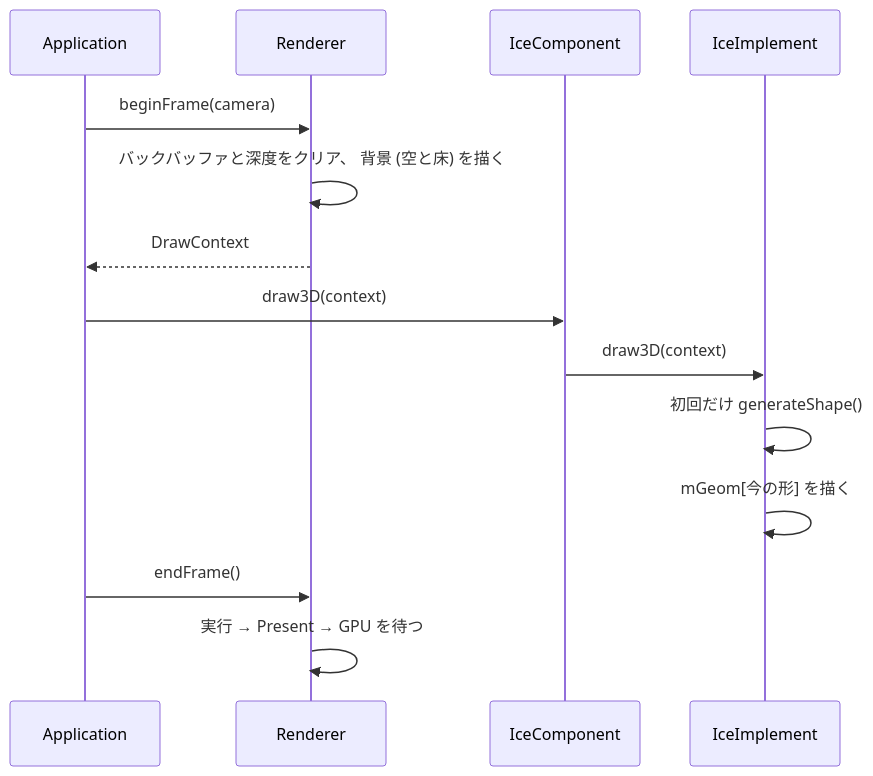
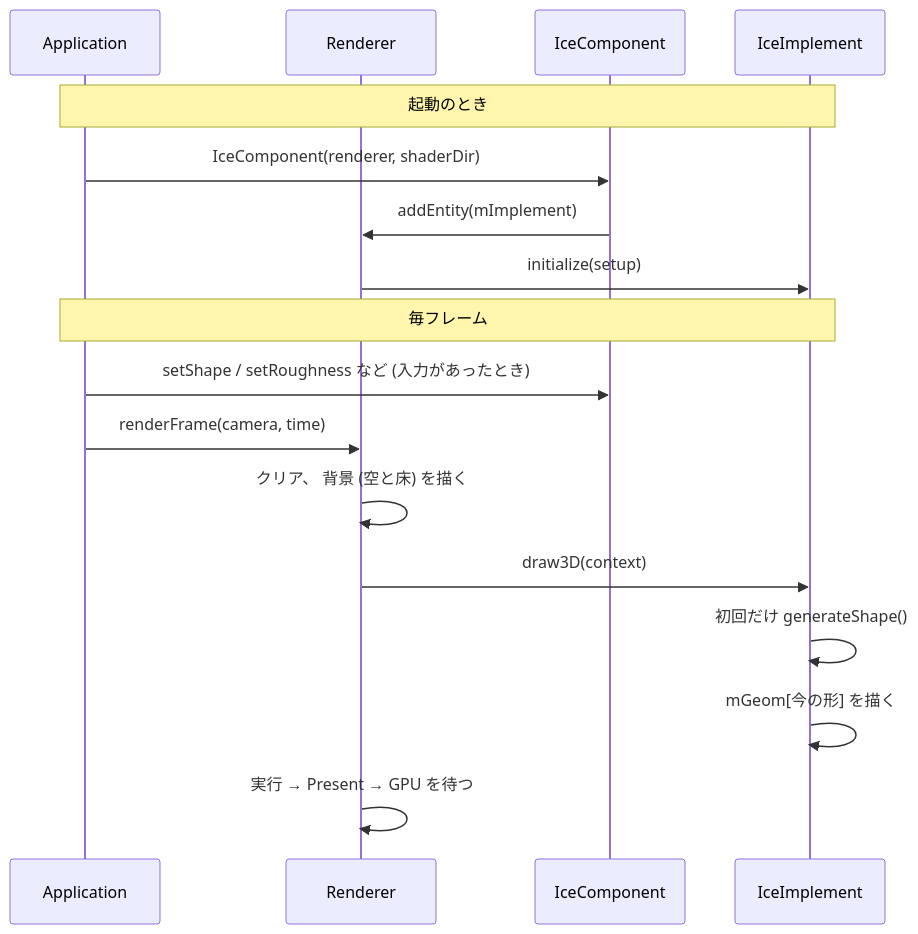
One commit to HayatoOtsuki/Test changed the first of 3 diagrams in docs/DESIGN.md. Above: the diagram before and after it, drawn with Mermaid. The commit also changed other lines of this file and 12 other files, not shown here.

First line of the commit message:
refactor(ice): move draw entry points into IceImplement

````diff
--- a/docs/DESIGN.md
+++ b/docs/DESIGN.md
@@ -74,16 +75,19 @@
 ```mermaid
 sequenceDiagram
     participant App as Application
     participant R as Renderer
     participant Ice as IceComponent
     participant Impl as IceImplement
-    App->>R: beginFrame(camera)
-    R->>R: バックバッファと深度をクリア、 背景 (空と床) を描く
-    R-->>App: DrawContext
-    App->>Ice: draw3D(context)
-    Ice->>Impl: draw3D(context)
+    Note over App,Impl: 起動のとき
+    App->>Ice: IceComponent(renderer, shaderDir)
+    Ice->>R: addEntity(mImplement)
+    R->>Impl: initialize(setup)
+    Note over App,Impl: 毎フレーム
+    App->>Ice: setShape / setRoughness など (入力があったとき)
+    App->>R: renderFrame(camera, time)
+    R->>R: クリア、 背景 (空と床) を描く
+    R->>Impl: draw3D(context)
     Impl->>Impl: 初回だけ generateShape()
     Impl->>Impl: mGeom[今の形] を描く
-    App->>R: endFrame()
     R->>R: 実行 → Present → GPU を待つ
 ```
````
